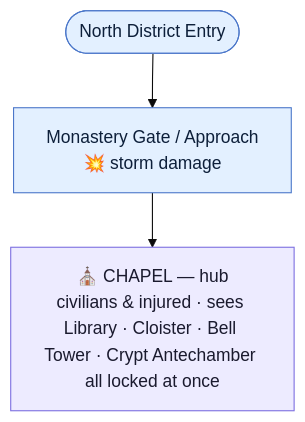
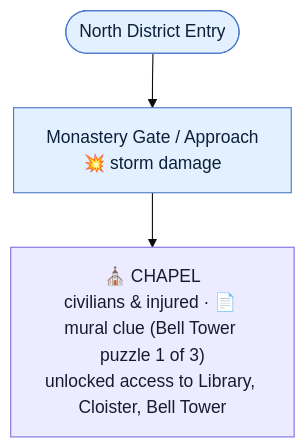
One commit to GIToez/Deadlock-Design changed the first of 5 diagrams in DESIGN/Locations/Monastery.md. Above: the diagram before and after it, drawn with Mermaid (base theme). The commit also changed other lines of this file and 5 other files, not shown here.

````diff
--- a/DESIGN/Locations/Monastery.md
+++ b/DESIGN/Locations/Monastery.md
@@ -496,13 +508,13 @@
 ```mermaid
 flowchart TD
     ENTRY(["North District Entry"])
     GATE["Monastery Gate / Approach<br/>💥 storm damage"]
-    CHAPEL["⛪ CHAPEL — hub<br/>civilians &amp; injured · sees Library · Cloister · Bell Tower · Crypt Antechamber all locked at once"]
+    CHAPEL["⛪ CHAPEL<br/>civilians &amp; injured · 📄 mural clue (Bell Tower puzzle 1 of 3)<br/>unlocked access to Library, Cloister, Bell Tower"]
 
     ENTRY --> GATE --> CHAPEL
 
     classDef room fill:#EDEBFF,stroke:#7C6EE0,color:#1a1a2e
     classDef exterior fill:#E3F0FF,stroke:#4A76C9,color:#0d1f3a
     class ENTRY,GATE exterior
     class CHAPEL room
 ```
````
